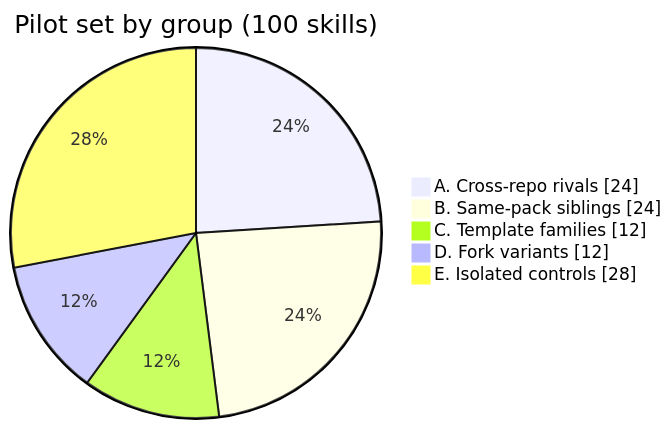
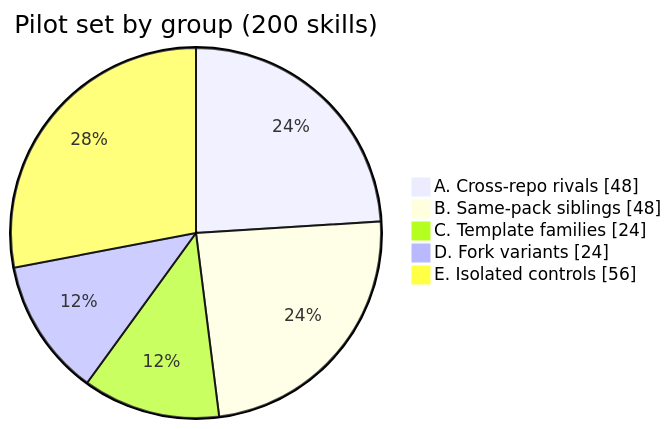
Before and after one commit to asayenju/MSR_Challenge_Gitskills_Brooks_Ash: the diagram in README.md, drawn with Mermaid. The commit also changed other lines of this file and 3 other files, not shown here.

Commit message:
Scale pilot to 200 skills and document pass@k / pass^k metrics

````diff
--- a/README.md
+++ b/README.md
@@ -30,9 +53,9 @@
 ```mermaid
 pie showData
-    title Pilot set by group (100 skills)
-    "A. Cross-repo rivals" : 24
-    "B. Same-pack siblings" : 24
-    "C. Template families" : 12
-    "D. Fork variants" : 12
-    "E. Isolated controls" : 28
+    title Pilot set by group (200 skills)
+    "A. Cross-repo rivals" : 48
+    "B. Same-pack siblings" : 48
+    "C. Template families" : 24
+    "D. Fork variants" : 24
+    "E. Isolated controls" : 56
 ```
````
